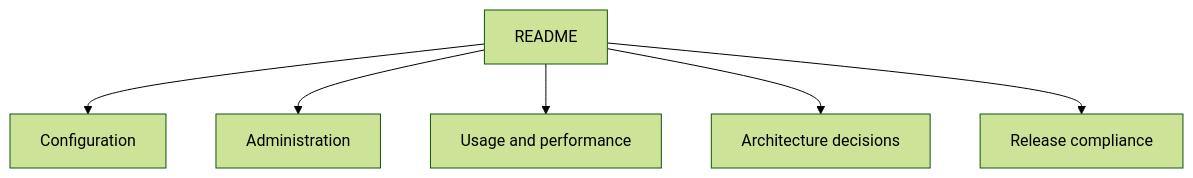
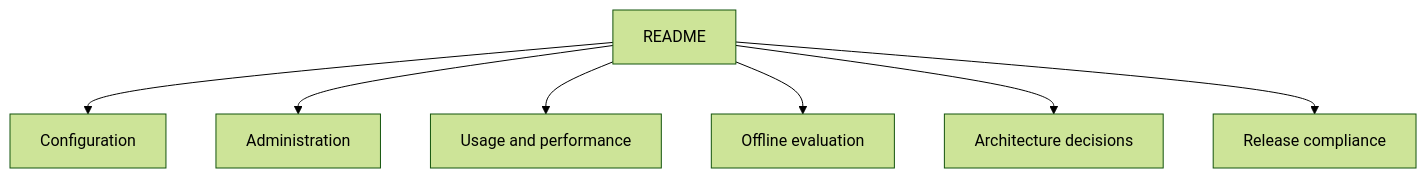
The diagram in docs/README.md (groovemap-music/catalog-api), drawn with Mermaid (forest theme) before and after one commit. The commit also changed other lines of this file and 2 other files, not shown here.

First paragraph of the commit message:
docs(evaluation): document the harness and how a model is compared
Anyone proposing a model needs one page that says how to run the harness and
what the numbers mean.

````diff
--- a/docs/README.md
+++ b/docs/README.md
@@ -7,8 +7,9 @@
 ```mermaid
 flowchart TD
     Overview[README] --> Configure[Configuration]
     Overview --> Operate[Administration]
     Overview --> Develop[Usage and performance]
+    Overview --> Evaluate[Offline evaluation]
     Overview --> Decide[Architecture decisions]
     Overview --> Release[Release compliance]
 ```
````
